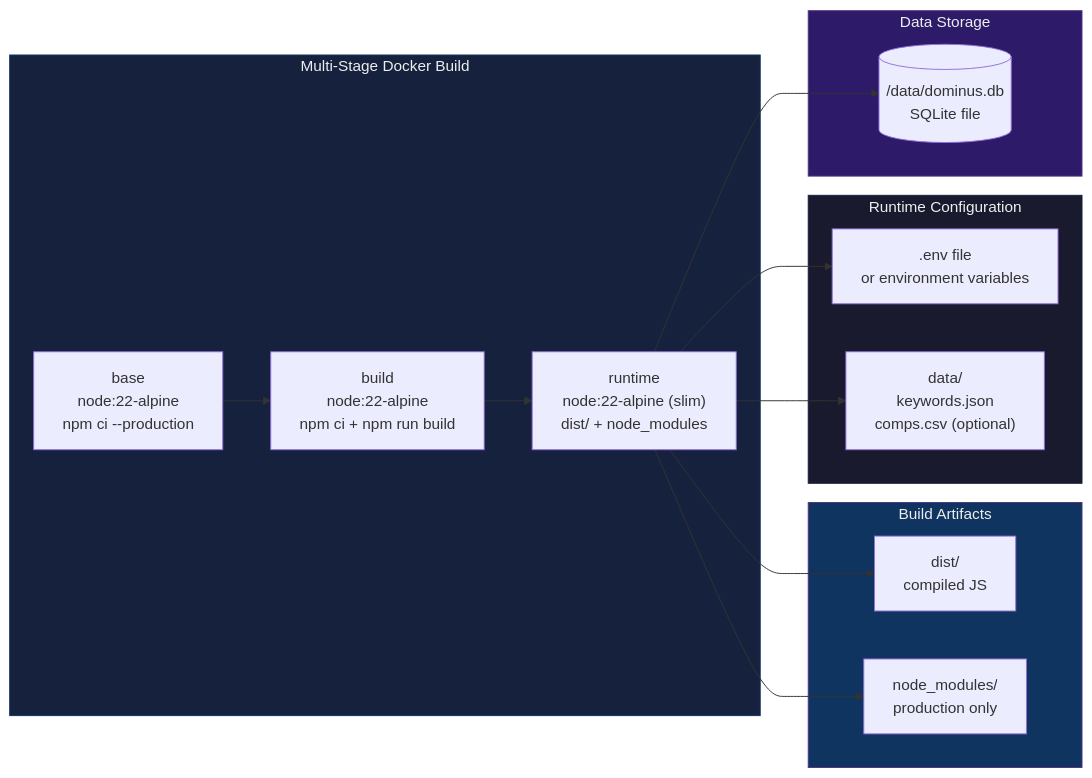
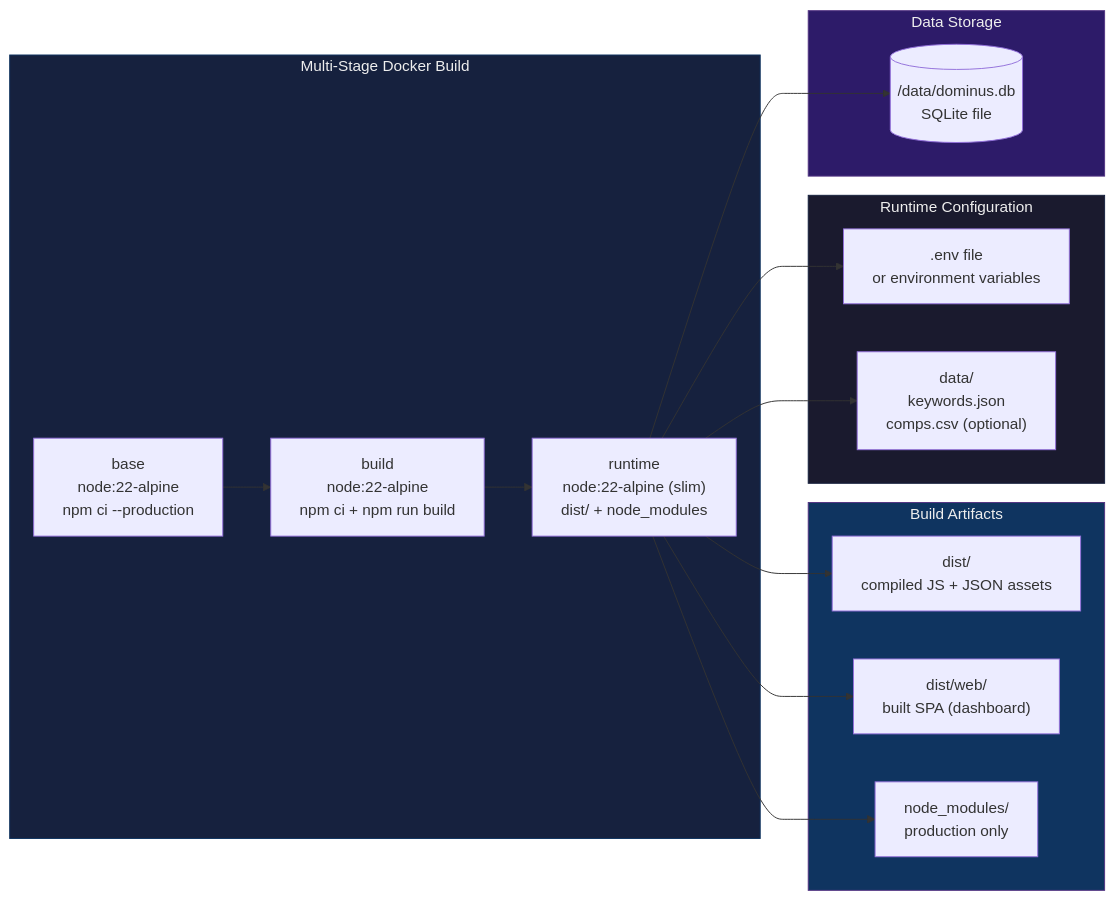
The first of 3 diagrams in docs/diagrams/deployment.md (AlessioBrillo/dominus), drawn with Mermaid before and after one commit. The commit also changed other lines of this file and 67 other files, not shown here.

````diff
--- a/docs/diagrams/deployment.md
+++ b/docs/diagrams/deployment.md
@@ -5,35 +5,37 @@
 ```mermaid
 flowchart LR
     subgraph Build[Multi-Stage Docker Build]
         BASE["base<br/>node:22-alpine<br/>npm ci --production"]
         BUILD["build<br/>node:22-alpine<br/>npm ci + npm run build"]
         RUNTIME["runtime<br/>node:22-alpine (slim)<br/>dist/ + node_modules"]
     end
 
     subgraph Artifacts[Build Artifacts]
-        DIST["dist/<br/>compiled JS"]
+        DIST["dist/<br/>compiled JS + JSON assets"]
+        WEB["dist/web/<br/>built SPA (dashboard)"]
         PROD_DEPS["node_modules/<br/>production only"]
     end
 
     subgraph Config[Runtime Configuration]
         ENV[".env file<br/>or environment variables"]
         DATA["data/<br/>keywords.json<br/>comps.csv (optional)"]
     end
 
     subgraph Storage[Data Storage]
         SQLITE[("/data/dominus.db<br/>SQLite file")]
     end
 
     BASE --> BUILD
     BUILD --> RUNTIME
     RUNTIME --> DIST
+    RUNTIME --> WEB
     RUNTIME --> PROD_DEPS
     RUNTIME --> ENV
     RUNTIME --> DATA
     RUNTIME --> SQLITE
 
     style Build fill:#16213e,stroke:#0f3460,color:#eee
     style Artifacts fill:#0f3460,stroke:#533483,color:#eee
     style Config fill:#1a1a2e,stroke:#16213e,color:#eee
     style Storage fill:#2d1b69,stroke:#533483,color:#eee
 ```
````
